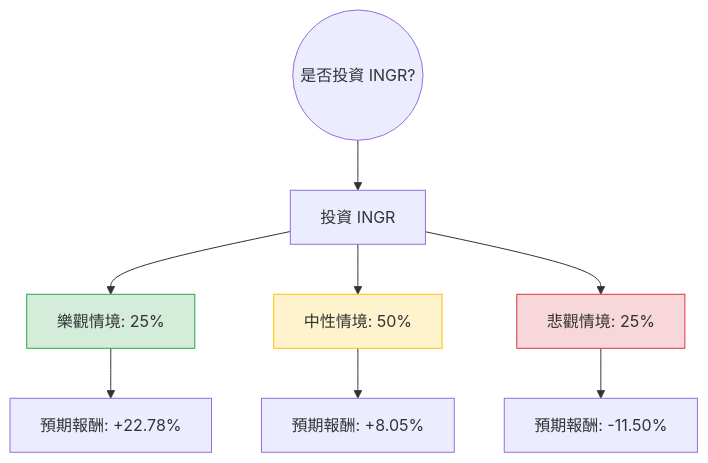
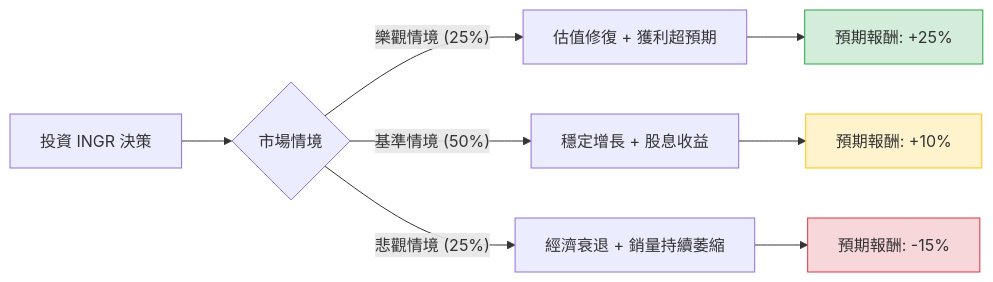
Before and after one commit to zmcx16/zmcx16.github.io: the diagram in plugin-react/ai-analysis/ev-analysis/INGR.md, drawn with Mermaid. The commit also changed other lines of this file and 80 other files, not shown here.

````diff
--- a/plugin-react/ai-analysis/ev-analysis/INGR.md
+++ b/plugin-react/ai-analysis/ev-analysis/INGR.md
@@ -20,16 +26,16 @@
 ```mermaid
-graph TD
-    Start((是否投資 INGR?)) --> Invest[投資 INGR]
+graph LR
+    A[投資 INGR 決策] --> B{市場情境}
     
-    Invest --> Bull[樂觀情境: 25%]
-    Invest --> Base[中性情境: 50%]
-    Invest --> Bear[悲觀情境: 25%]
+    B -- 樂觀情境 (25%) --> C[估值修復 + 獲利超預期]
+    B -- 基準情境 (50%) --> D[穩定增長 + 股息收益]
+    B -- 悲觀情境 (25%) --> E[經濟衰退 + 銷量持續萎縮]
 
-    Bull --> BullResult[預期報酬: +22.78%]
-    Base --> BaseResult[預期報酬: +8.05%]
-    Bear --> BearResult[預期報酬: -11.50%]
+    C --> C1[預期報酬: +25%]
+    D --> D1[預期報酬: +10%]
+    E --> E1[預期報酬: -15%]
 
-    style Bull fill:#d4edda,stroke:#28a745
-    style Base fill:#fff3cd,stroke:#ffc107
-    style Bear fill:#f8d7da,stroke:#dc3545
+    style C1 fill:#d4edda,stroke:#28a745
+    style D1 fill:#fff3cd,stroke:#ffc107
+    style E1 fill:#f8d7da,stroke:#dc3545
 ```
````
